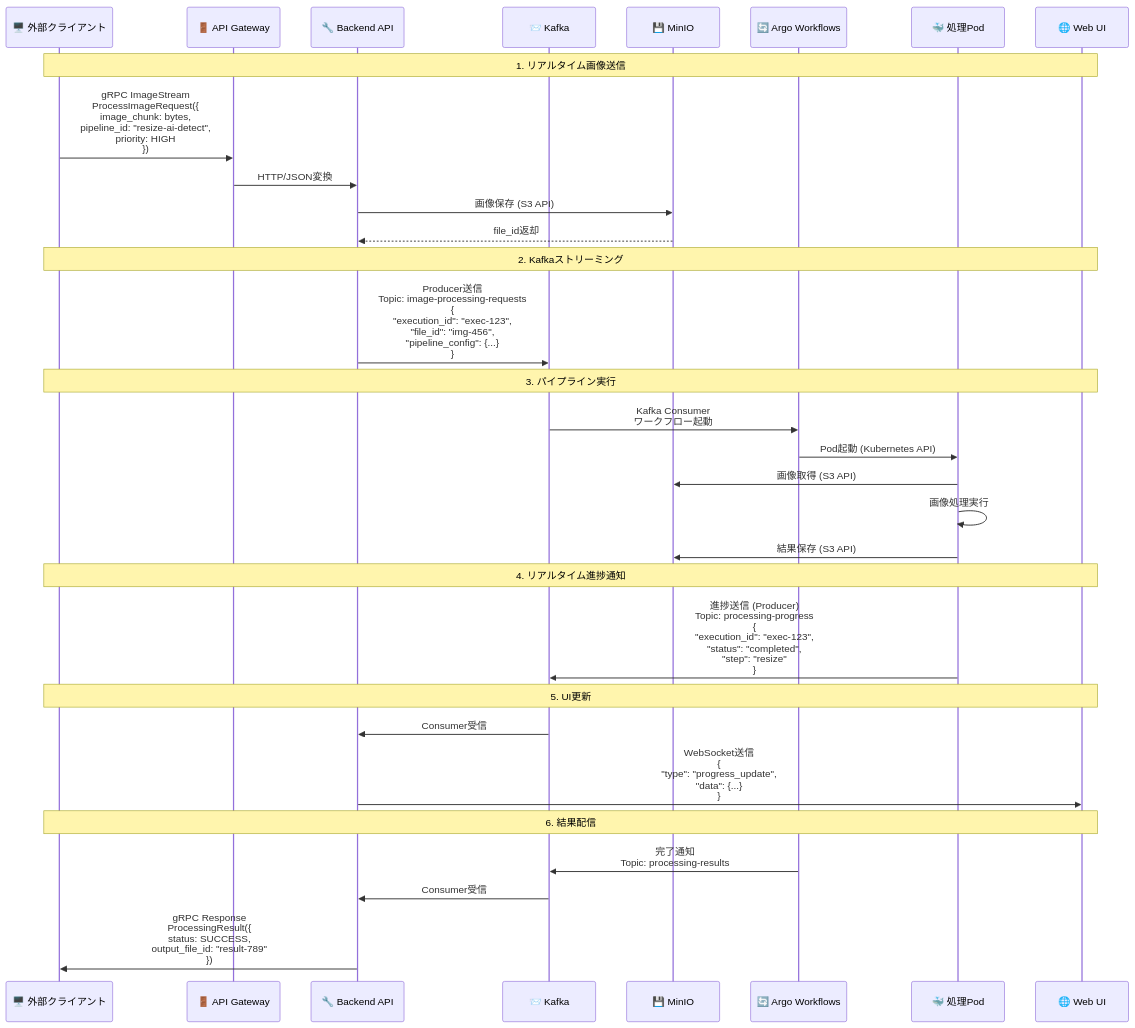
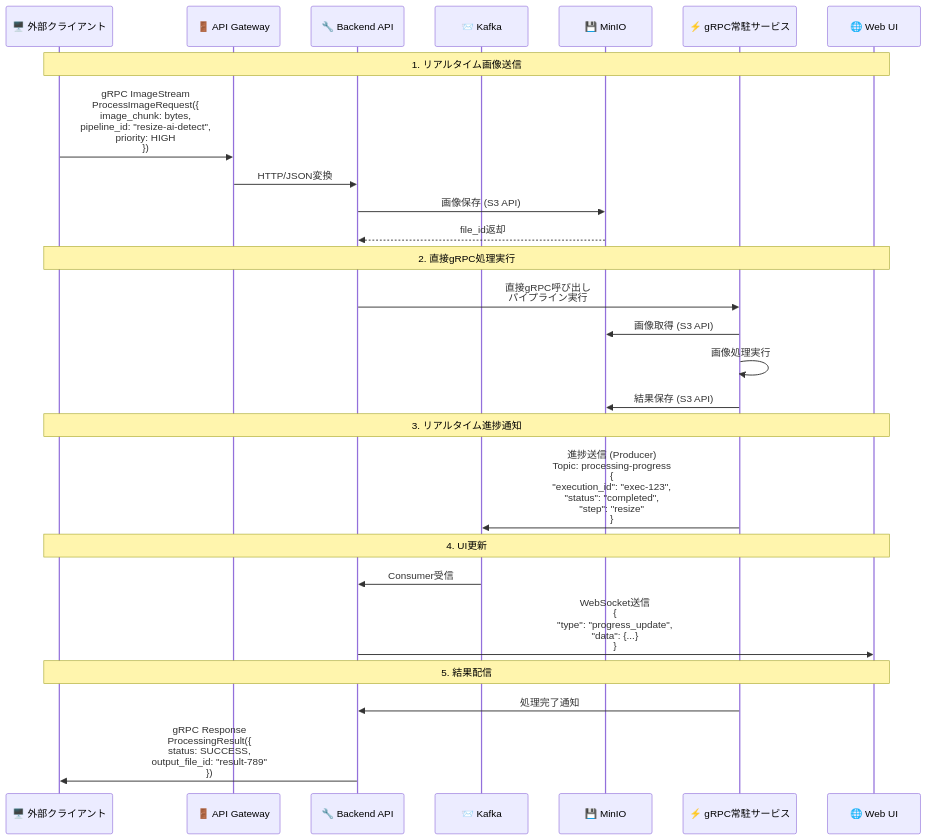
Before and after one commit to daichiTAAA/ImageFlowCanvas: the first of 2 diagrams in docs/0300_設計_アプローチ1/0304_API設計.md, drawn with Mermaid. The commit also changed other lines of this file and 7 other files, not shown here.

Commit message:
Update README.md to remove Argo Workflows references

````diff
--- a/docs/0300_設計_アプローチ1/0304_API設計.md
+++ b/docs/0300_設計_アプローチ1/0304_API設計.md
@@ -21,39 +21,33 @@
 ```mermaid
 sequenceDiagram
     participant Client as 🖥️ 外部クライアント
     participant Gateway as 🚪 API Gateway
     participant API as 🔧 Backend API
     participant Kafka as 📨 Kafka
     participant MinIO as 💾 MinIO
-    participant ArgoWF as 🔄 Argo Workflows
-    participant Pod as 🐳 処理Pod
+    participant gRPCServices as ⚡ gRPC常駐サービス
     participant WebUI as 🌐 Web UI
 
     Note over Client, WebUI: 1. リアルタイム画像送信
     Client->>Gateway: gRPC ImageStream<br/>ProcessImageRequest({<br/>  image_chunk: bytes,<br/>  pipeline_id: "resize-ai-detect",<br/>  priority: HIGH<br/>})
     Gateway->>API: HTTP/JSON変換
     API->>MinIO: 画像保存 (S3 API)
     MinIO-->>API: file_id返却
     
-    Note over Client, WebUI: 2. Kafkaストリーミング
-    API->>Kafka: Producer送信<br/>Topic: image-processing-requests<br/>{<br/>  "execution_id": "exec-123",<br/>  "file_id": "img-456",<br/>  "pipeline_config": {...}<br/>}
+    Note over Client, WebUI: 2. 直接gRPC処理実行
+    API->>gRPCServices: 直接gRPC呼び出し<br/>パイプライン実行
+    gRPCServices->>MinIO: 画像取得 (S3 API)
+    gRPCServices->>gRPCServices: 画像処理実行
+    gRPCServices->>MinIO: 結果保存 (S3 API)
     
-    Note over Client, WebUI: 3. パイプライン実行
-    Kafka->>ArgoWF: Kafka Consumer<br/>ワークフロー起動
-    ArgoWF->>Pod: Pod起動 (Kubernetes API)
-    Pod->>MinIO: 画像取得 (S3 API)
-    Pod->>Pod: 画像処理実行
-    Pod->>MinIO: 結果保存 (S3 API)
+    Note over Client, WebUI: 3. リアルタイム進捗通知
+    gRPCServices->>Kafka: 進捗送信 (Producer)<br/>Topic: processing-progress<br/>{<br/>  "execution_id": "exec-123",<br/>  "status": "completed",<br/>  "step": "resize"<br/>}
     
-    Note over Client, WebUI: 4. リアルタイム進捗通知
-    Pod->>Kafka: 進捗送信 (Producer)<br/>Topic: processing-progress<br/>{<br/>  "execution_id": "exec-123",<br/>  "status": "completed",<br/>  "step": "resize"<br/>}
-    
-    Note over Client, WebUI: 5. UI更新
+    Note over Client, WebUI: 4. UI更新
     Kafka->>API: Consumer受信
     API->>WebUI: WebSocket送信<br/>{<br/>  "type": "progress_update",<br/>  "data": {...}<br/>}
     
-    Note over Client, WebUI: 6. 結果配信
-    ArgoWF->>Kafka: 完了通知<br/>Topic: processing-results
-    Kafka->>API: Consumer受信
+    Note over Client, WebUI: 5. 結果配信
+    gRPCServices->>API: 処理完了通知
     API->>Client: gRPC Response<br/>ProcessingResult({<br/>  status: SUCCESS,<br/>  output_file_id: "result-789"<br/>})
 ```
````
